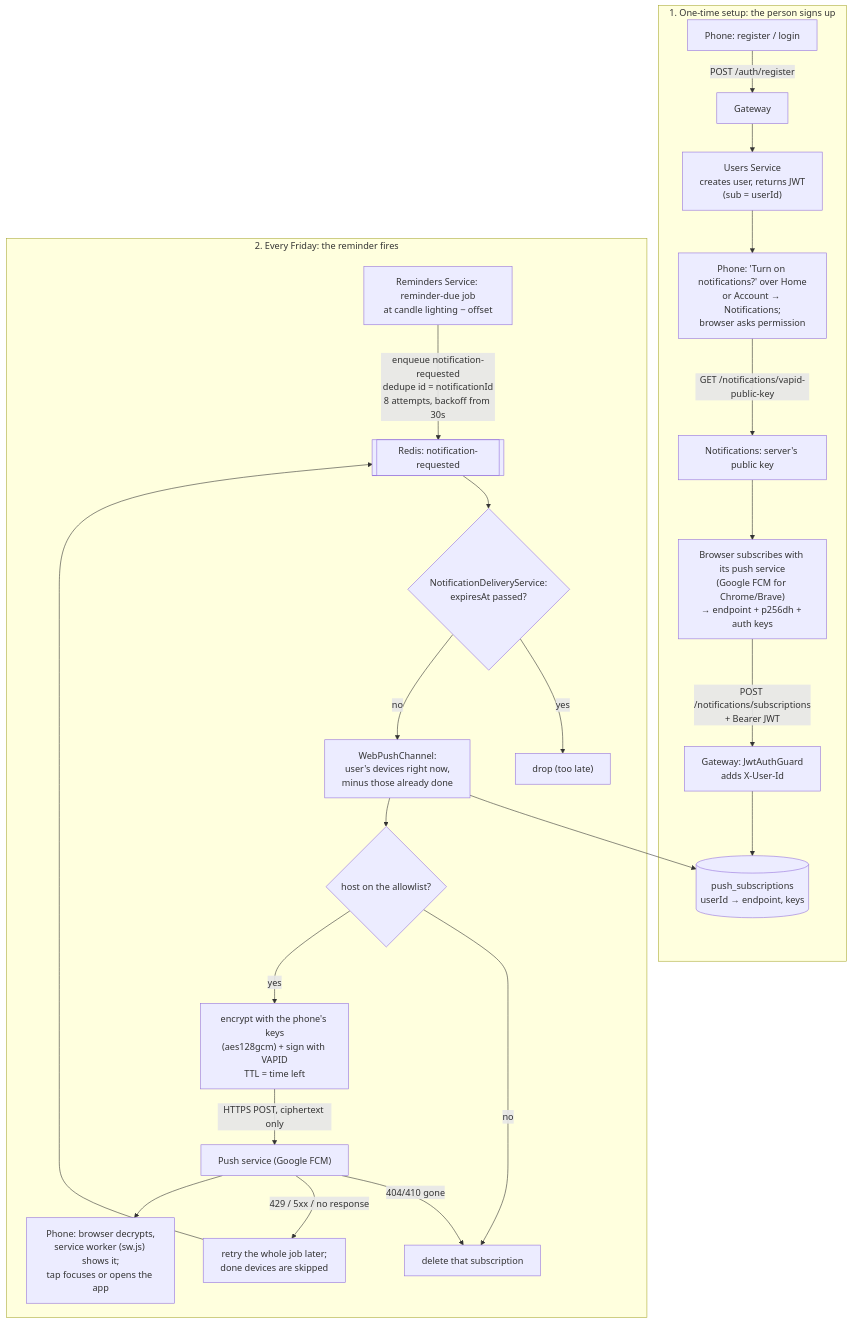
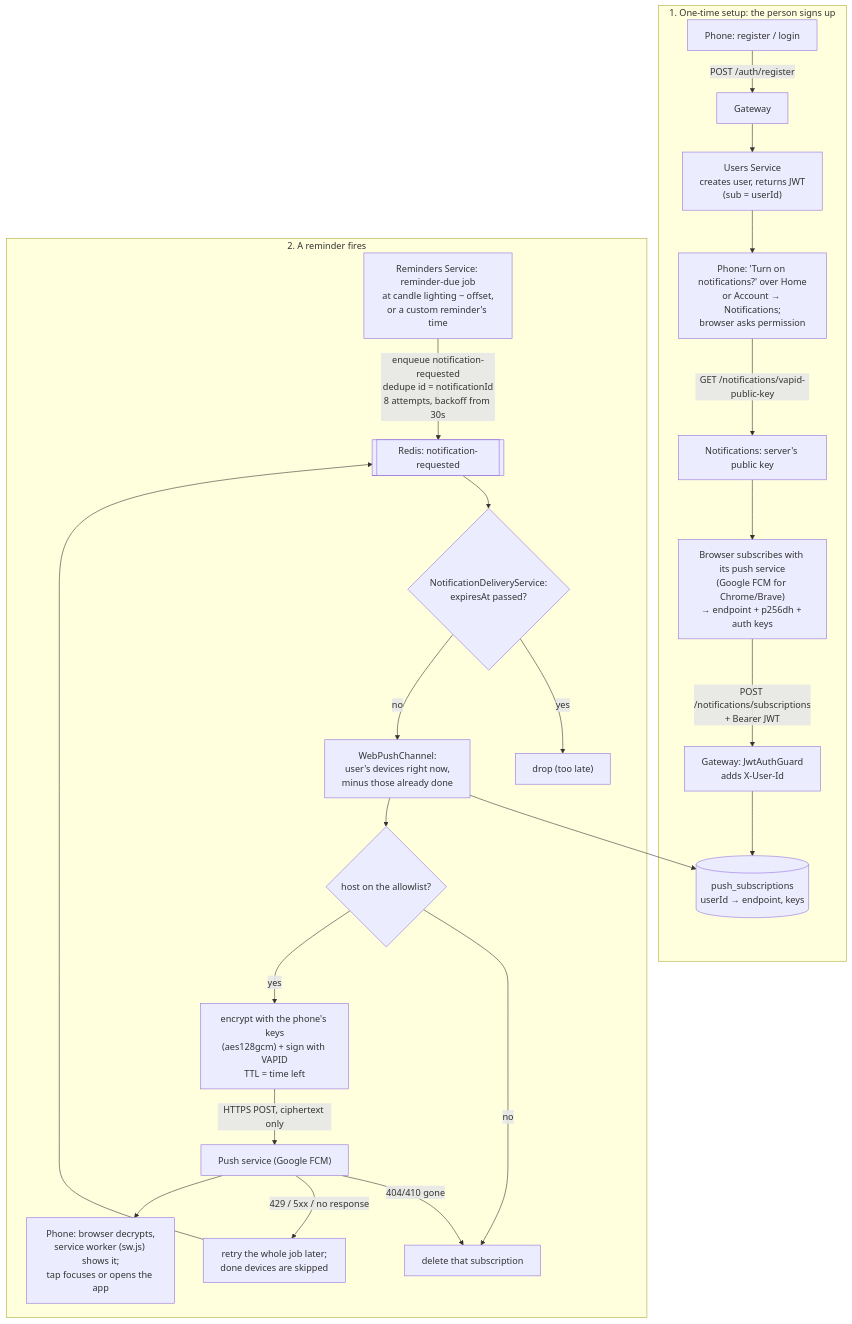
Before and after one commit to LidorElmakaies/personal-copilot: the diagram in docs/specs/notification-flow.md, drawn with Mermaid. The commit also changed other lines of this file and 76 other files, not shown here.

````diff
--- a/docs/specs/notification-flow.md
+++ b/docs/specs/notification-flow.md
@@ -9,28 +9,28 @@
 ```mermaid
 flowchart TD
     subgraph A["1. One-time setup: the person signs up"]
         R1["Phone: register / login"] -->|POST /auth/register| GW1["Gateway"]
         GW1 --> AUTH["Users Service<br/>creates user, returns JWT<br/>(sub = userId)"]
         AUTH --> R2["Phone: 'Turn on notifications?' over Home<br/>or Account → Notifications;<br/>browser asks permission"]
         R2 -->|GET /notifications/vapid-public-key| KEY["Notifications: server's public key"]
         KEY --> R3["Browser subscribes with its push service<br/>(Google FCM for Chrome/Brave)<br/>→ endpoint + p256dh + auth keys"]
         R3 -->|"POST /notifications/subscriptions<br/>+ Bearer JWT"| GW2["Gateway: JwtAuthGuard<br/>adds X-User-Id"]
         GW2 --> SUB[("push_subscriptions<br/>userId → endpoint, keys")]
     end
 
-    subgraph B["2. Every Friday: the reminder fires"]
-        REM["Reminders Service: reminder-due job<br/>at candle lighting − offset"] -->|"enqueue notification-requested<br/>dedupe id = notificationId<br/>8 attempts, backoff from 30s"| Q1[["Redis: notification-requested"]]
+    subgraph B["2. A reminder fires"]
+        REM["Reminders Service: reminder-due job<br/>at candle lighting − offset,<br/>or a custom reminder's time"] -->|"enqueue notification-requested<br/>dedupe id = notificationId<br/>8 attempts, backoff from 30s"| Q1[["Redis: notification-requested"]]
         Q1 --> ND{"NotificationDeliveryService:<br/>expiresAt passed?"}
         ND -->|yes| DROP["drop (too late)"]
         ND -->|no| WP["WebPushChannel:<br/>user's devices right now,<br/>minus those already done"]
         WP --> SUB
         WP --> ALLOW{"host on the allowlist?"}
         ALLOW -->|no| DEL
         ALLOW -->|yes| ENC["encrypt with the phone's keys<br/>(aes128gcm) + sign with VAPID<br/>TTL = time left"]
         ENC -->|HTTPS POST, ciphertext only| FCM["Push service (Google FCM)"]
         FCM -->|404/410 gone| DEL["delete that subscription"]
         FCM -->|"429 / 5xx / no response"| RETRY["retry the whole job later;<br/>done devices are skipped"]
         RETRY --> Q1
         FCM --> PH["Phone: browser decrypts,<br/>service worker (sw.js) shows it;<br/>tap focuses or opens the app"]
     end
 ```
````
